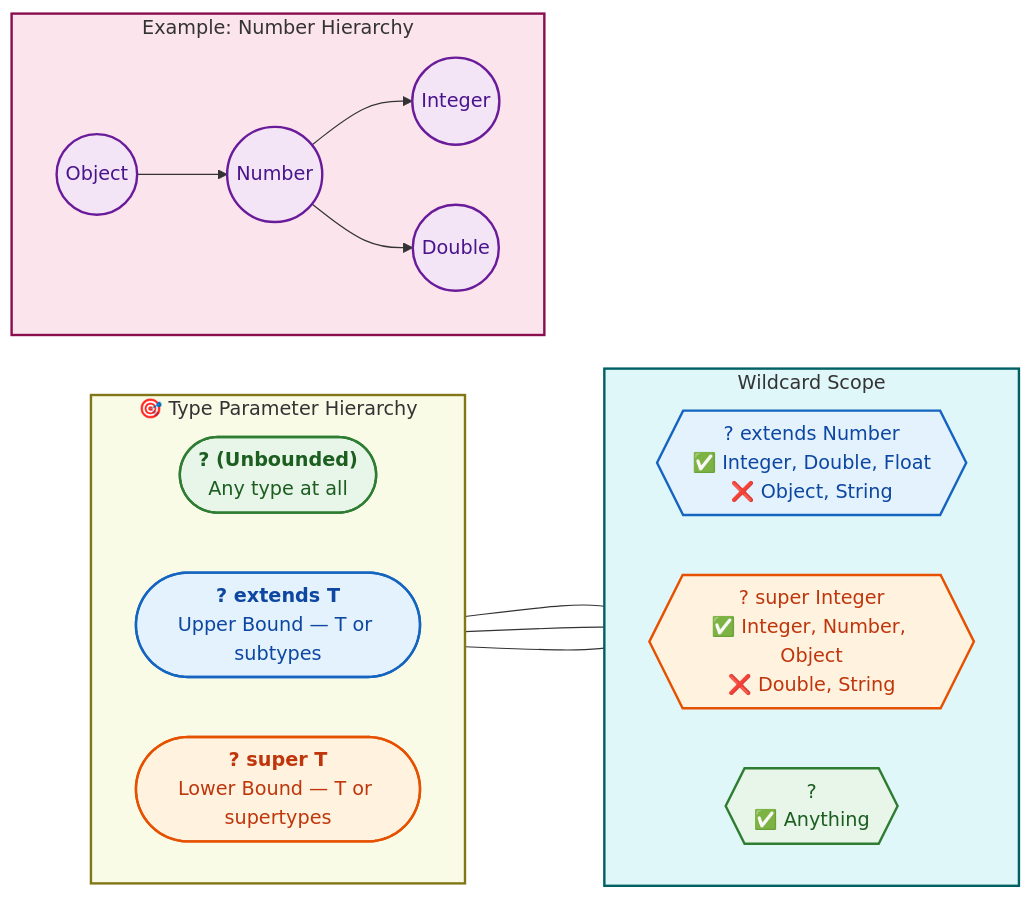
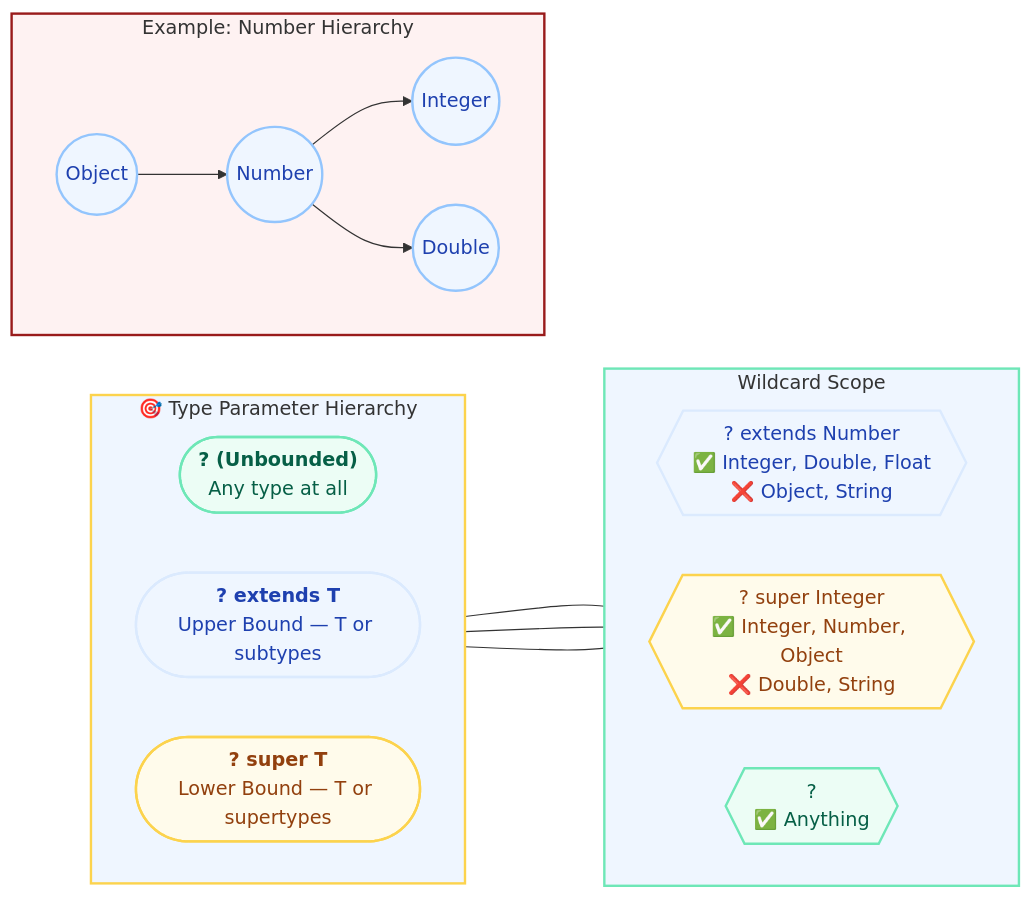
One commit to saivamsikaruturi/vamsilabs-dev-notes-main changed the second of 5 diagrams in docs/java/Generics.md. Above: the diagram before and after it, drawn with Mermaid. The commit also changed other lines of this file and 220 other files, not shown here.

First line of the commit message:
Add 50+ new Java/Spring Boot pages, rewrite CSS code blocks to Oracle style, fix all diagram colors

````diff
--- a/docs/java/Generics.md
+++ b/docs/java/Generics.md
@@ -117,46 +117,46 @@
 ```mermaid
 flowchart LR
     subgraph legend["🎯 Type Parameter Hierarchy"]
         direction LR
         W(["<b>? (Unbounded)</b><br/>Any type at all"])
         UB(["<b>? extends T</b><br/>Upper Bound — T or subtypes"])
         LB(["<b>? super T</b><br/>Lower Bound — T or supertypes"])
     end
 
     subgraph example["Example: Number Hierarchy"]
         direction LR
         OBJ(("Object"))
         NUM(("Number"))
         INT(("Integer"))
         DBL(("Double"))
         
         OBJ --> NUM
         NUM --> INT
         NUM --> DBL
     end
 
     subgraph bounds["Wildcard Scope"]
         direction LR
         EXT{{"? extends Number<br/>✅ Integer, Double, Float<br/>❌ Object, String"}}
         SUP{{"? super Integer<br/>✅ Integer, Number, Object<br/>❌ Double, String"}}
         UNB{{"?<br/>✅ Anything"}}
     end
 
     W --- UNB
     UB --- EXT
     LB --- SUP
 
-    style W fill:#E8F5E9,stroke:#2E7D32,stroke-width:2px,color:#1B5E20
-    style UB fill:#E3F2FD,stroke:#1565C0,stroke-width:2px,color:#0D47A1
-    style LB fill:#FFF3E0,stroke:#E65100,stroke-width:2px,color:#BF360C
-    style EXT fill:#E3F2FD,stroke:#1565C0,stroke-width:2px,color:#0D47A1
-    style SUP fill:#FFF3E0,stroke:#E65100,stroke-width:2px,color:#BF360C
-    style UNB fill:#E8F5E9,stroke:#2E7D32,stroke-width:2px,color:#1B5E20
-    style OBJ fill:#F3E5F5,stroke:#6A1B9A,stroke-width:2px,color:#4A148C
-    style NUM fill:#F3E5F5,stroke:#6A1B9A,stroke-width:2px,color:#4A148C
-    style INT fill:#F3E5F5,stroke:#6A1B9A,stroke-width:2px,color:#4A148C
-    style DBL fill:#F3E5F5,stroke:#6A1B9A,stroke-width:2px,color:#4A148C
-    style legend fill:#F9FBE7,stroke:#827717,stroke-width:2px
-    style example fill:#FCE4EC,stroke:#880E4F,stroke-width:2px
-    style bounds fill:#E0F7FA,stroke:#006064,stroke-width:2px
+    style W fill:#ECFDF5,stroke:#6EE7B7,stroke-width:2px,color:#065F46
+    style UB fill:#EFF6FF,stroke:#DBEAFE,stroke-width:2px,color:#1E40AF
+    style LB fill:#FFFBEB,stroke:#FCD34D,stroke-width:2px,color:#92400E
+    style EXT fill:#EFF6FF,stroke:#DBEAFE,stroke-width:2px,color:#1E40AF
+    style SUP fill:#FFFBEB,stroke:#FCD34D,stroke-width:2px,color:#92400E
+    style UNB fill:#ECFDF5,stroke:#6EE7B7,stroke-width:2px,color:#065F46
+    style OBJ fill:#EFF6FF,stroke:#93C5FD,stroke-width:2px,color:#1E40AF
+    style NUM fill:#EFF6FF,stroke:#93C5FD,stroke-width:2px,color:#1E40AF
+    style INT fill:#EFF6FF,stroke:#93C5FD,stroke-width:2px,color:#1E40AF
+    style DBL fill:#EFF6FF,stroke:#93C5FD,stroke-width:2px,color:#1E40AF
+    style legend fill:#EFF6FF,stroke:#FCD34D,stroke-width:2px
+    style example fill:#FEF2F2,stroke:#991B1B,stroke-width:2px
+    style bounds fill:#EFF6FF,stroke:#6EE7B7,stroke-width:2px
 ```
````
